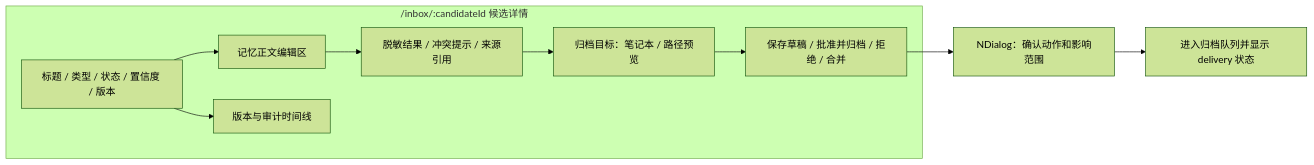
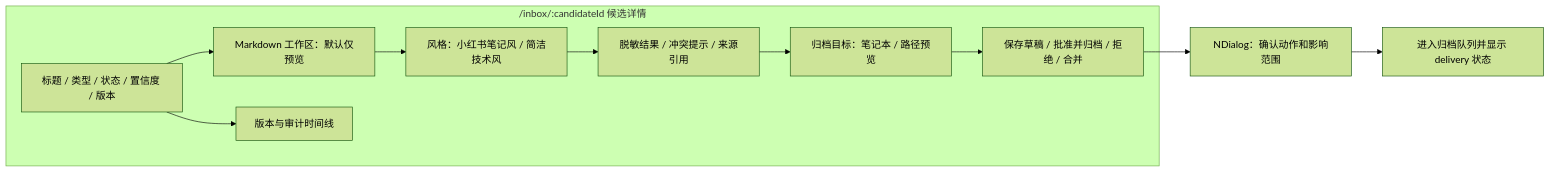
Before and after one commit to hiblacker/memory-hub: the fourth of 8 diagrams in docs/12-frontend-interaction-design.md, drawn with Mermaid (forest theme). The commit also changed other lines of this file and 6 other files, not shown here.

````diff
--- a/docs/12-frontend-interaction-design.md
+++ b/docs/12-frontend-interaction-design.md
@@ -100,15 +100,16 @@
 ```mermaid
 flowchart LR
     subgraph DETAIL_PAGE["/inbox/:candidateId 候选详情"]
         HEAD["标题 / 类型 / 状态 / 置信度 / 版本"]
-        EDITOR["记忆正文编辑区"]
+        EDITOR["Markdown 工作区：默认仅预览"]
+        STYLE["风格：小红书笔记风 / 简洁技术风"]
         CHECKS["脱敏结果 / 冲突提示 / 来源引用"]
         TARGET["归档目标：笔记本 / 路径预览"]
         AUDIT["版本与审计时间线"]
         ACTION["保存草稿 / 批准并归档 / 拒绝 / 合并"]
-        HEAD --> EDITOR --> CHECKS --> TARGET --> ACTION
+        HEAD --> EDITOR --> STYLE --> CHECKS --> TARGET --> ACTION
         HEAD --> AUDIT
     end
     ACTION --> CONFIRM["NDialog：确认动作和影响范围"]
     CONFIRM --> QUEUED["进入归档队列并显示 delivery 状态"]
 ```
````
